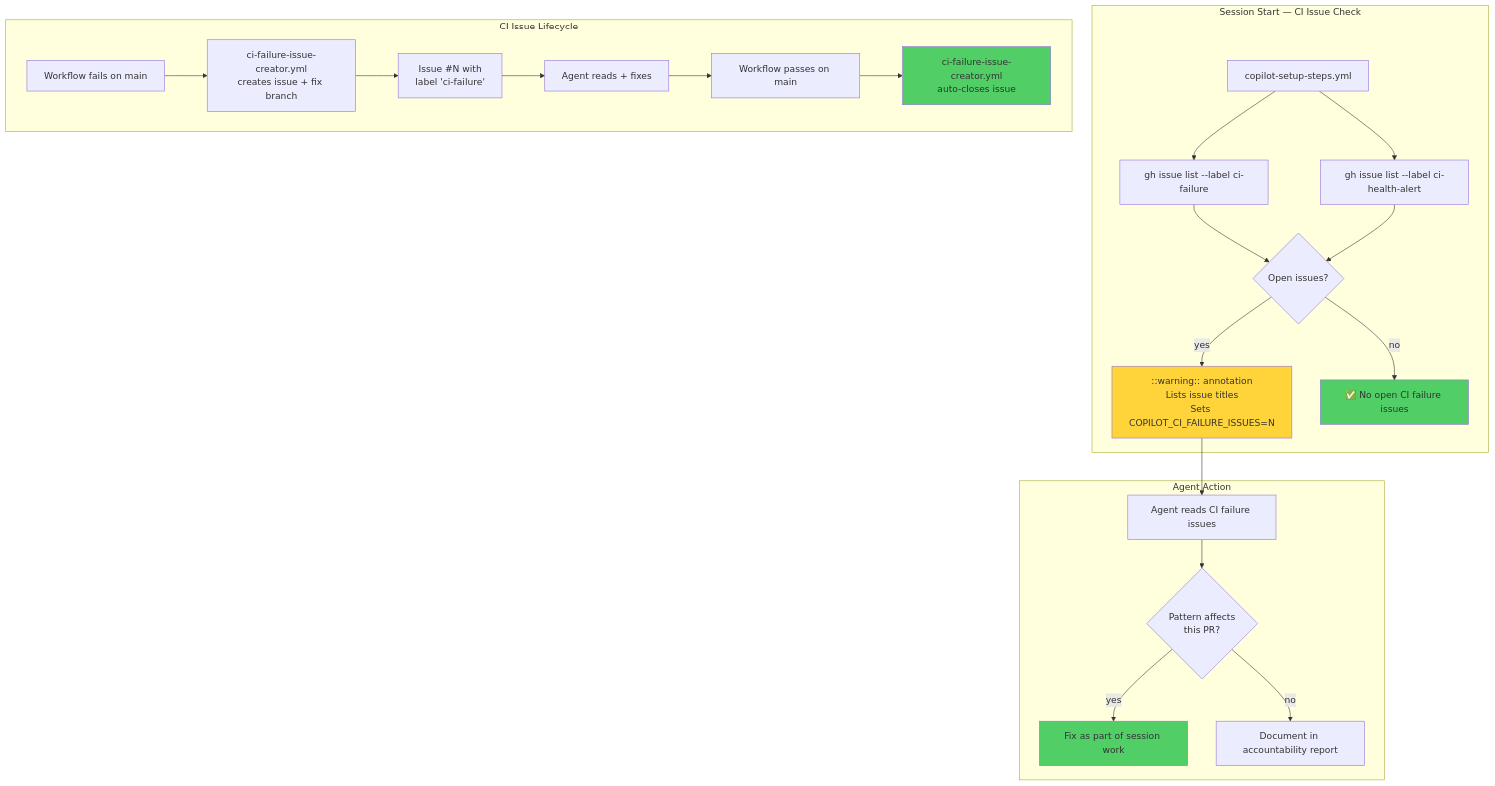
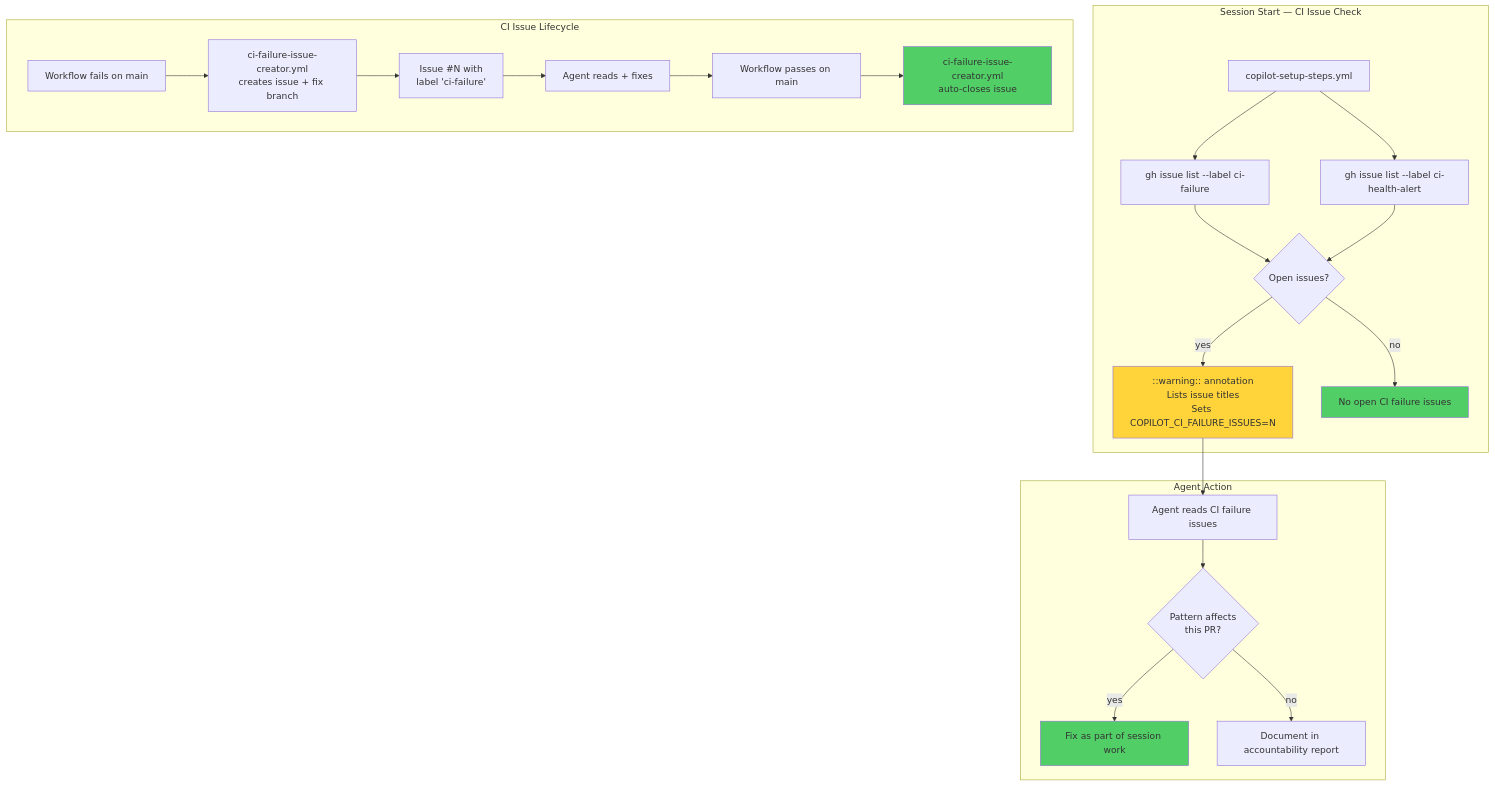
Diagram 18 of 23 in docs/plans/AUTONOMOUS_SELF_HEALING_PROPOSAL_S182.md (Aries-Serpent/_codex_), drawn with Mermaid before and after one commit. The commit also changed other lines of this file and 2029 other files, not shown here.

````diff
--- a/docs/plans/AUTONOMOUS_SELF_HEALING_PROPOSAL_S182.md
+++ b/docs/plans/AUTONOMOUS_SELF_HEALING_PROPOSAL_S182.md
@@ -936,32 +938,32 @@
 ```mermaid
 %%{init: {'accessibility': {'title': 'Flowchart showing copilot-setup-steps.yml, "gh issue list --label ci-failure"'}}%%
 flowchart TD
     subgraph "Session Start — CI Issue Check"
         S1[copilot-setup-steps.yml] --> S2["gh issue list --label ci-failure"]
         S1 --> S3["gh issue list --label ci-health-alert"]
         S2 --> S4{Open issues?}
         S3 --> S4
         S4 -->|yes| S5["::warning:: annotation<br/>Lists issue titles<br/>Sets COPILOT_CI_FAILURE_ISSUES=N"]
-        S4 -->|no| S6["✅ No open CI failure issues"]
+        S4 -->|no| S6[" No open CI failure issues"]
     end
 
     subgraph "Agent Action"
         S5 --> A1[Agent reads CI failure issues]
         A1 --> A2{Pattern affects<br/>this PR?}
         A2 -->|yes| A3[Fix as part of session work]
         A2 -->|no| A4[Document in accountability report]
     end
 
     subgraph "CI Issue Lifecycle"
         FAIL[Workflow fails on main] --> CREATE[ci-failure-issue-creator.yml<br/>creates issue + fix branch]
         CREATE --> ISSUE["Issue #N with<br/>label 'ci-failure'"]
         ISSUE --> AGENT[Agent reads + fixes]
         AGENT --> PASS[Workflow passes on main]
         PASS --> CLOSE[ci-failure-issue-creator.yml<br/>auto-closes issue]
     end
 
     style S5 fill:#ffd43b
     style S6 fill:#51cf66
     style A3 fill:#51cf66
     style CLOSE fill:#51cf66
 ```
````
